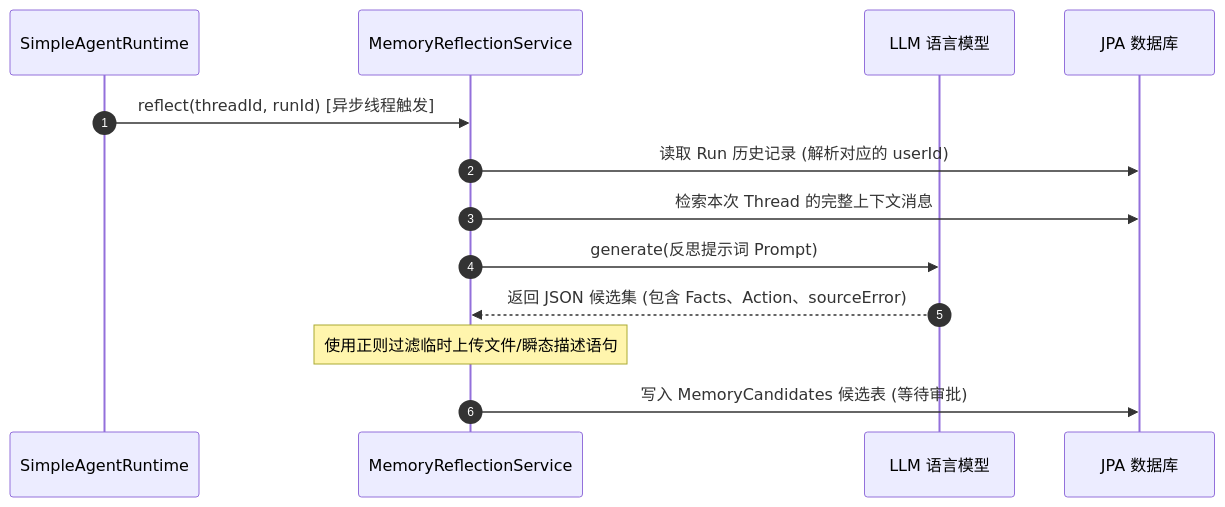
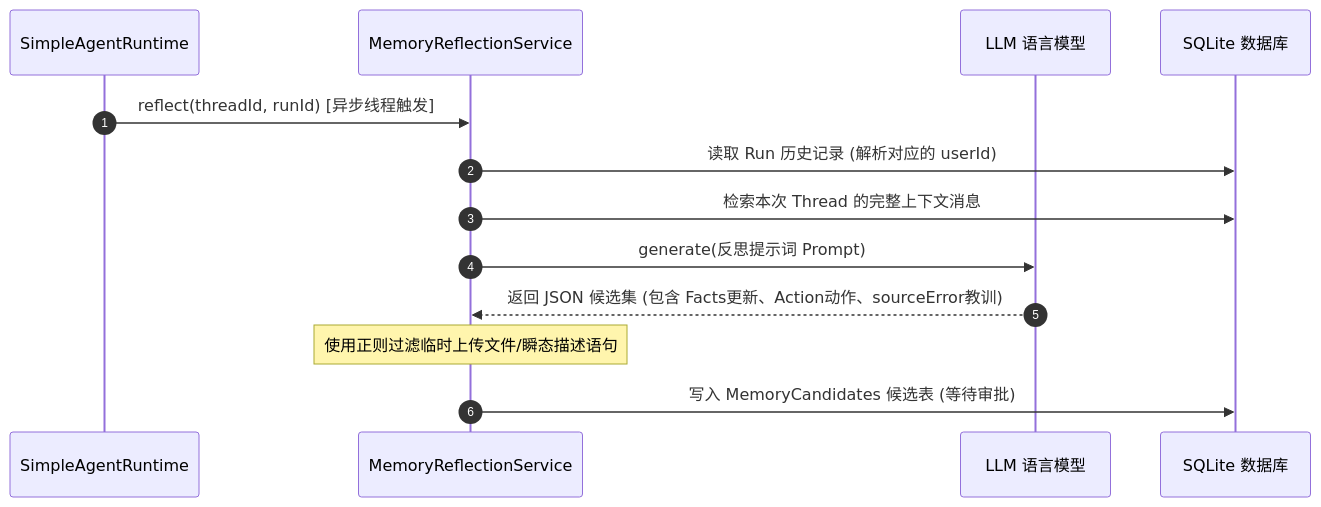
The fifth of 5 diagrams in deerflow/docs/architecture.md (AarenWang/haifa-ai-deerflow), drawn with Mermaid before and after one commit. The commit also changed other lines of this file and 1 other file, not shown here.

Commit message:
docs(deerflow): update README and technical architecture document for new features

````diff
--- a/deerflow/docs/architecture.md
+++ b/deerflow/docs/architecture.md
@@ -92,16 +166,16 @@
 ```mermaid
 sequenceDiagram
     autonumber
     participant Runtime as SimpleAgentRuntime
     participant Reflect as MemoryReflectionService
     participant LLM as LLM 语言模型
-    participant DB as JPA 数据库
+    participant DB as SQLite 数据库
     
     Runtime->>Reflect: reflect(threadId, runId) [异步线程触发]
     Reflect->>DB: 读取 Run 历史记录 (解析对应的 userId)
     Reflect->>DB: 检索本次 Thread 的完整上下文消息
     Reflect->>LLM: generate(反思提示词 Prompt)
-    LLM-->>Reflect: 返回 JSON 候选集 (包含 Facts、Action、sourceError)
+    LLM-->>Reflect: 返回 JSON 候选集 (包含 Facts更新、Action动作、sourceError教训)
     Note over Reflect: 使用正则过滤临时上传文件/瞬态描述语句
     Reflect->>DB: 写入 MemoryCandidates 候选表 (等待审批)
 ```
````
